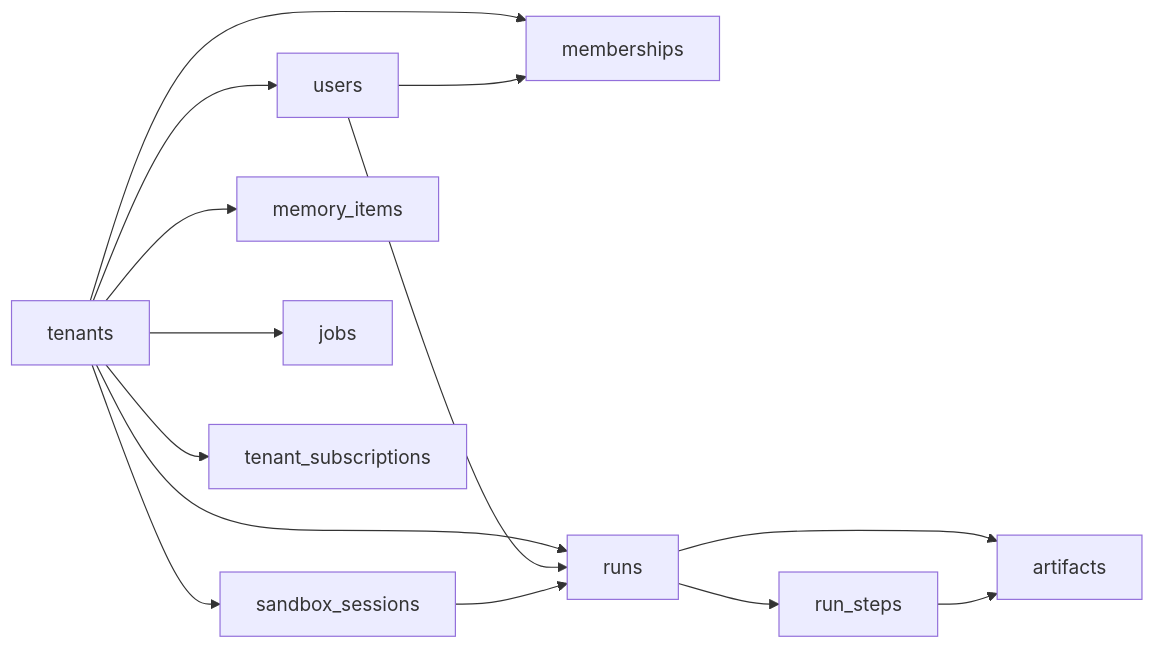
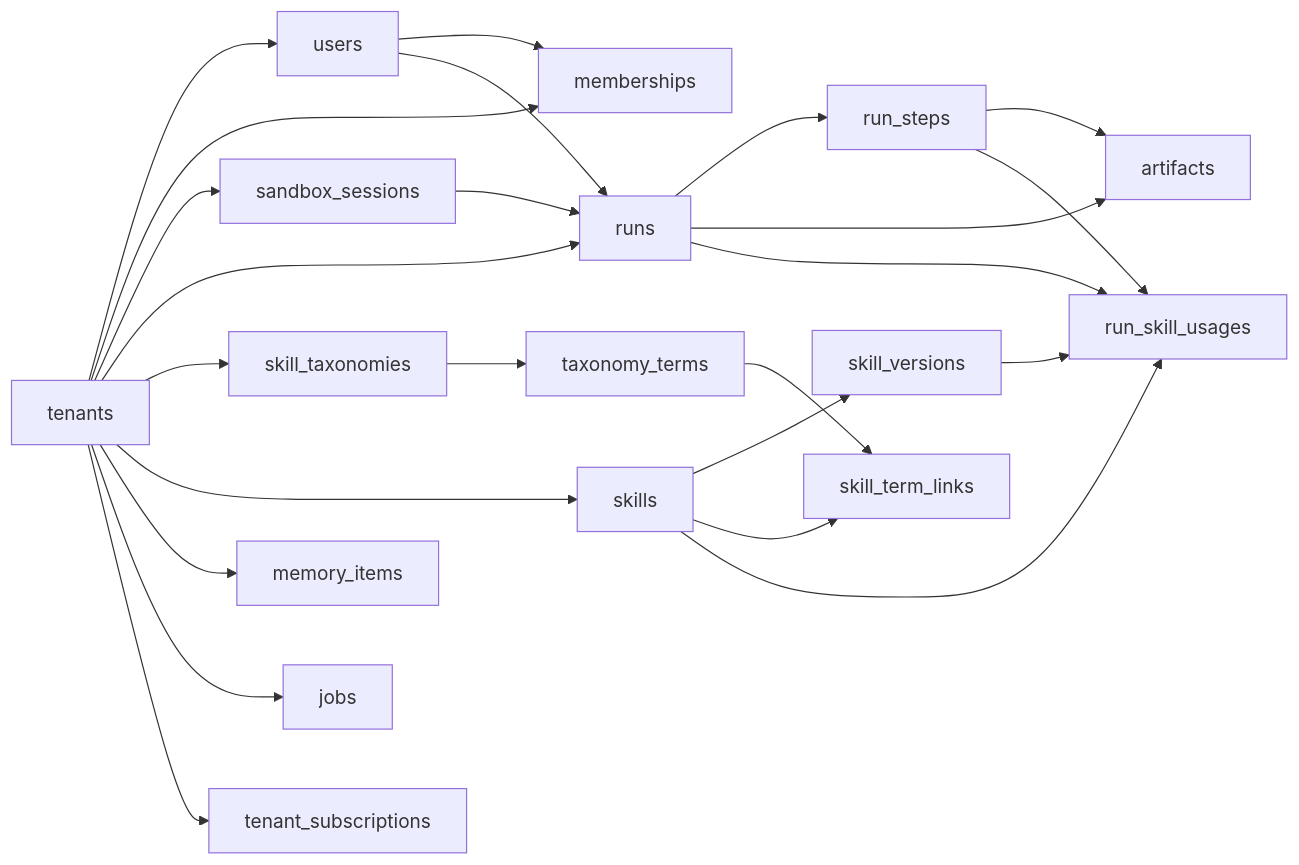
The diagram in docs/db.md (Qredence/fleet-rlm), drawn with Mermaid before and after one commit. The commit also changed other lines of this file and 24 other files, not shown here.

Commit message:
Add skills taxonomy schema and devws

````diff
--- a/docs/db.md
+++ b/docs/db.md
@@ -77,16 +90,26 @@
 ```mermaid
 flowchart LR
     T["tenants"] --> U["users"]
     T --> M["memberships"]
     U --> M
     T --> S["sandbox_sessions"]
     T --> R["runs"]
     U --> R
     S --> R
     R --> RS["run_steps"]
     R --> A["artifacts"]
     RS --> A
+    T --> STX["skill_taxonomies"]
+    STX --> TT["taxonomy_terms"]
+    T --> SK["skills"]
+    SK --> SV["skill_versions"]
+    SK --> STL["skill_term_links"]
+    TT --> STL
+    R --> RSU["run_skill_usages"]
+    RS --> RSU
+    SK --> RSU
+    SV --> RSU
     T --> MI["memory_items"]
     T --> J["jobs"]
     T --> TS["tenant_subscriptions"]
 ```
````
